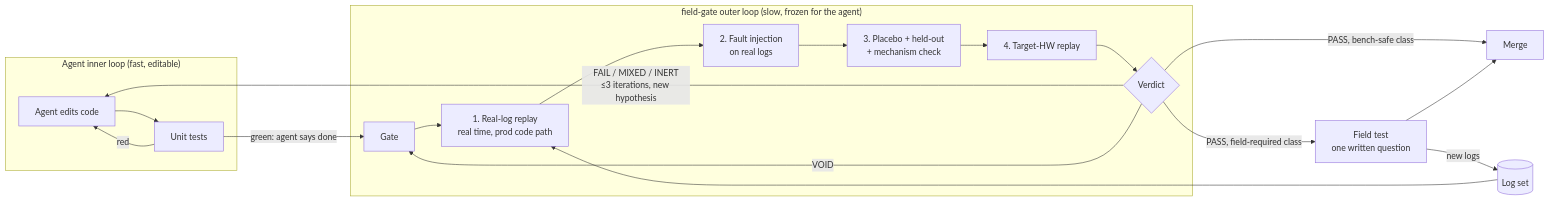
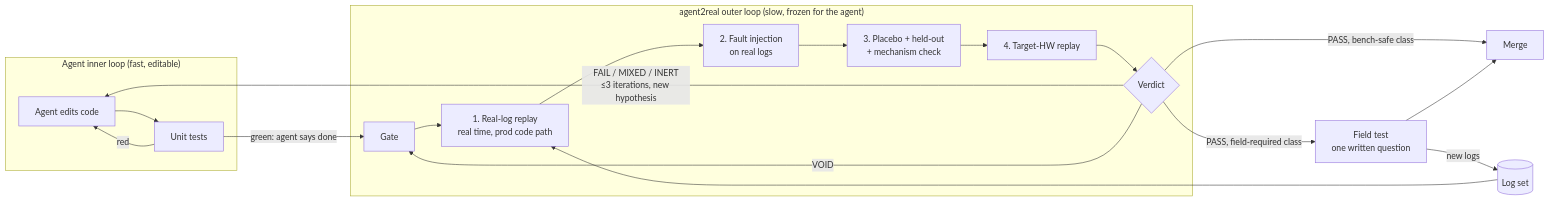
Before and after one commit to CyberBeeOfficial/agent2real: the first of 2 diagrams in docs/ARCHITECTURE.md, drawn with Mermaid. The commit also changed other lines of this file and 3 other files, not shown here.

Commit message:
refactor: rename field-gate to agent2real, sim2real framing

````diff
--- a/docs/ARCHITECTURE.md
+++ b/docs/ARCHITECTURE.md
@@ -12,25 +12,25 @@
 ```mermaid
 flowchart LR
     subgraph inner["Agent inner loop (fast, editable)"]
         A[Agent edits code] --> T[Unit tests]
         T -->|red| A
     end
 
     T -->|green: agent says done| G
 
-    subgraph gate["field-gate outer loop (slow, frozen for the agent)"]
+    subgraph gate["agent2real outer loop (slow, frozen for the agent)"]
         G[Gate] --> R1[1. Real-log replay<br/>real time, prod code path]
         R1 --> R2[2. Fault injection<br/>on real logs]
         R2 --> R3[3. Placebo + held-out<br/>+ mechanism check]
         R3 --> R4[4. Target-HW replay]
         R4 --> V{Verdict}
     end
 
     V -->|FAIL / MIXED / INERT<br/>≤3 iterations, new hypothesis| A
     V -->|VOID| G
     V -->|PASS, bench-safe class| M[Merge]
     V -->|PASS, field-required class| F[Field test<br/>one written question]
     F -->|new logs| LOGS[(Log set)]
     LOGS --> R1
     F --> M
 ```
````
